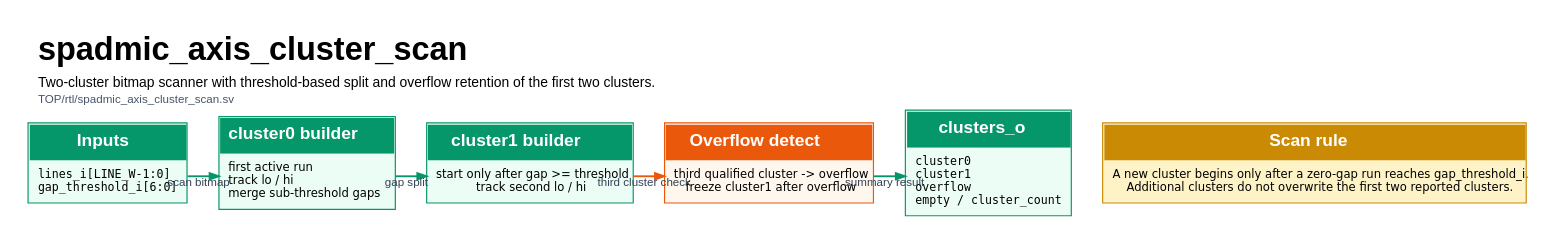
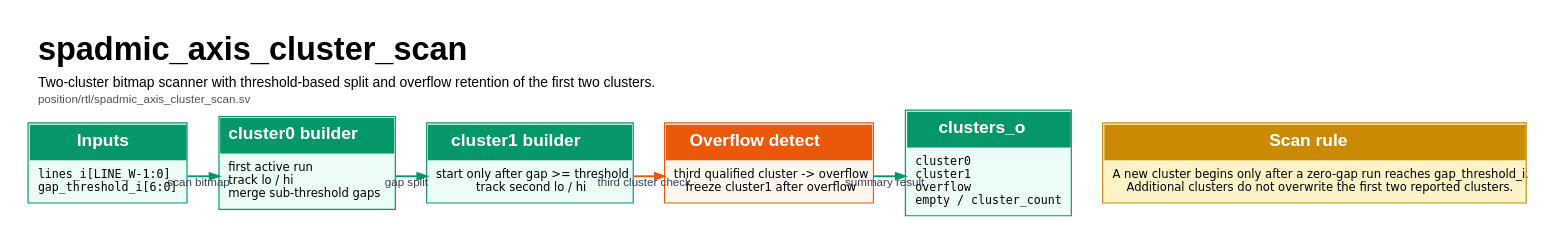
One commit to KarimSabra13/SPADMIC changed the diagram in TOP/docs/diagrams/dot/11_spadmic_axis_cluster_scan.dot. Above: the diagram before and after it, drawn with Graphviz. The commit also changed 45 other files, not shown here.

```diff
--- a/TOP/docs/diagrams/dot/11_spadmic_axis_cluster_scan.dot
+++ b/TOP/docs/diagrams/dot/11_spadmic_axis_cluster_scan.dot
@@ -1,80 +1,80 @@
 digraph G {
       graph [
         rankdir=TB,
         splines=ortho,
         overlap=false,
         newrank=true,
         compound=true,
         nodesep=0.38,
         ranksep=0.68,
         pad=0.18,
         margin=0.08,
         bgcolor="white",
         fontname="Helvetica",
         labelloc=t,
         labeljust=l,
         label=<
     <TABLE BORDER="0" CELLBORDER="0" CELLSPACING="0" CELLPADDING="0">
       <TR><TD ALIGN="LEFT"><FONT POINT-SIZE="28"><B>spadmic_axis_cluster_scan</B></FONT></TD></TR>
       <TR><TD HEIGHT="4"></TD></TR>
       <TR><TD ALIGN="LEFT"><FONT POINT-SIZE="12">Two-cluster bitmap scanner with threshold-based split and overflow retention of the first two clusters.</FONT></TD></TR>
       <TR><TD HEIGHT="2"></TD></TR>
-      <TR><TD ALIGN="LEFT"><FONT POINT-SIZE="10" COLOR="#475569">TOP/rtl/spadmic_axis_cluster_scan.sv</FONT></TD></TR>
+      <TR><TD ALIGN="LEFT"><FONT POINT-SIZE="10" COLOR="#475569">position/rtl/spadmic_axis_cluster_scan.sv</FONT></TD></TR>
     </TABLE>
     >,
         size="11.69,8.27!"
       ];
       node [fontname="Helvetica"];
       edge [fontname="Helvetica", arrowsize=0.8];
       
     in_bits [shape=plain margin=0 label=<
     <TABLE BORDER="1" CELLBORDER="0" CELLSPACING="0" CELLPADDING="7" COLOR="#059669" BGCOLOR="#ECFDF5">
       <TR><TD BGCOLOR="#059669" ALIGN="CENTER"><FONT COLOR="white" POINT-SIZE="15"><B>Inputs</B></FONT></TD></TR>
       <TR><TD ALIGN='LEFT' BGCOLOR='#ECFDF5'><FONT FACE='DejaVu Sans Mono' POINT-SIZE='10'>lines_i[LINE_W-1:0]<BR ALIGN='LEFT'/>gap_threshold_i[6:0]</FONT></TD></TR>
     </TABLE>
     >];
     c0 [shape=plain margin=0 label=<
     <TABLE BORDER="1" CELLBORDER="0" CELLSPACING="0" CELLPADDING="7" COLOR="#059669" BGCOLOR="#ECFDF5">
       <TR><TD BGCOLOR="#059669" ALIGN="CENTER"><FONT COLOR="white" POINT-SIZE="15"><B>cluster0 builder</B></FONT></TD></TR>
       <TR><TD ALIGN='LEFT' BGCOLOR='#ECFDF5'><FONT FACE='DejaVu Sans' POINT-SIZE='10'>first active run<BR ALIGN='LEFT'/>track lo / hi<BR ALIGN='LEFT'/>merge sub-threshold gaps</FONT></TD></TR>
     </TABLE>
     >];
     c1 [shape=plain margin=0 label=<
     <TABLE BORDER="1" CELLBORDER="0" CELLSPACING="0" CELLPADDING="7" COLOR="#059669" BGCOLOR="#ECFDF5">
       <TR><TD BGCOLOR="#059669" ALIGN="CENTER"><FONT COLOR="white" POINT-SIZE="15"><B>cluster1 builder</B></FONT></TD></TR>
       <TR><TD ALIGN='LEFT' BGCOLOR='#ECFDF5'><FONT FACE='DejaVu Sans' POINT-SIZE='10'>start only after gap &gt;= threshold<BR ALIGN='LEFT'/>track second lo / hi</FONT></TD></TR>
     </TABLE>
     >];
     ovf [shape=plain margin=0 label=<
     <TABLE BORDER="1" CELLBORDER="0" CELLSPACING="0" CELLPADDING="7" COLOR="#EA580C" BGCOLOR="#FFF7ED">
       <TR><TD BGCOLOR="#EA580C" ALIGN="CENTER"><FONT COLOR="white" POINT-SIZE="15"><B>Overflow detect</B></FONT></TD></TR>
       <TR><TD ALIGN='LEFT' BGCOLOR='#FFF7ED'><FONT FACE='DejaVu Sans' POINT-SIZE='10'>third qualified cluster -&gt; overflow<BR ALIGN='LEFT'/>freeze cluster1 after overflow</FONT></TD></TR>
     </TABLE>
     >];
     out_sum [shape=plain margin=0 label=<
     <TABLE BORDER="1" CELLBORDER="0" CELLSPACING="0" CELLPADDING="7" COLOR="#059669" BGCOLOR="#ECFDF5">
       <TR><TD BGCOLOR="#059669" ALIGN="CENTER"><FONT COLOR="white" POINT-SIZE="15"><B>clusters_o</B></FONT></TD></TR>
       <TR><TD ALIGN='LEFT' BGCOLOR='#ECFDF5'><FONT FACE='DejaVu Sans Mono' POINT-SIZE='10'>cluster0<BR ALIGN='LEFT'/>cluster1<BR ALIGN='LEFT'/>overflow<BR ALIGN='LEFT'/>empty / cluster_count</FONT></TD></TR>
     </TABLE>
     >];
     rule [shape=plain margin=0 label=<
     <TABLE BORDER="1" CELLBORDER="0" CELLSPACING="0" CELLPADDING="7" COLOR="#CA8A04" BGCOLOR="#FEF3C7">
       <TR><TD BGCOLOR="#CA8A04" ALIGN="CENTER"><FONT COLOR="white" POINT-SIZE="15"><B>Scan rule</B></FONT></TD></TR>
       <TR><TD ALIGN='LEFT' BGCOLOR='#FEF3C7'><FONT FACE='DejaVu Sans' POINT-SIZE='10'>A new cluster begins only after a zero-gap run reaches gap_threshold_i.<BR ALIGN='LEFT'/>Additional clusters do not overwrite the first two reported clusters.</FONT></TD></TR>
     </TABLE>
     >];
 
     { rank=same; in_bits; c0; c1; ovf; out_sum; }
     { rank=same; rule; }
 
     in_bits -> c0 [style="invis" weight=20];
     c0 -> c1 [style="invis" weight=20];
     c1 -> ovf [style="invis" weight=20];
     ovf -> out_sum [style="invis" weight=20];
 
     in_bits -> c0 [color="#059669", penwidth=1.6, style="solid", weight=2, xlabel="scan bitmap", fontsize=10, fontcolor="#334155"];
     c0 -> c1 [color="#059669", penwidth=1.6, style="solid", weight=2, xlabel="gap split", fontsize=10, fontcolor="#334155"];
     c1 -> ovf [color="#EA580C", penwidth=1.6, style="solid", weight=2, xlabel="third cluster check", fontsize=10, fontcolor="#334155"];
     ovf -> out_sum [color="#059669", penwidth=1.6, style="solid", weight=2, xlabel="summary result", fontsize=10, fontcolor="#334155"];
     
     }
```
